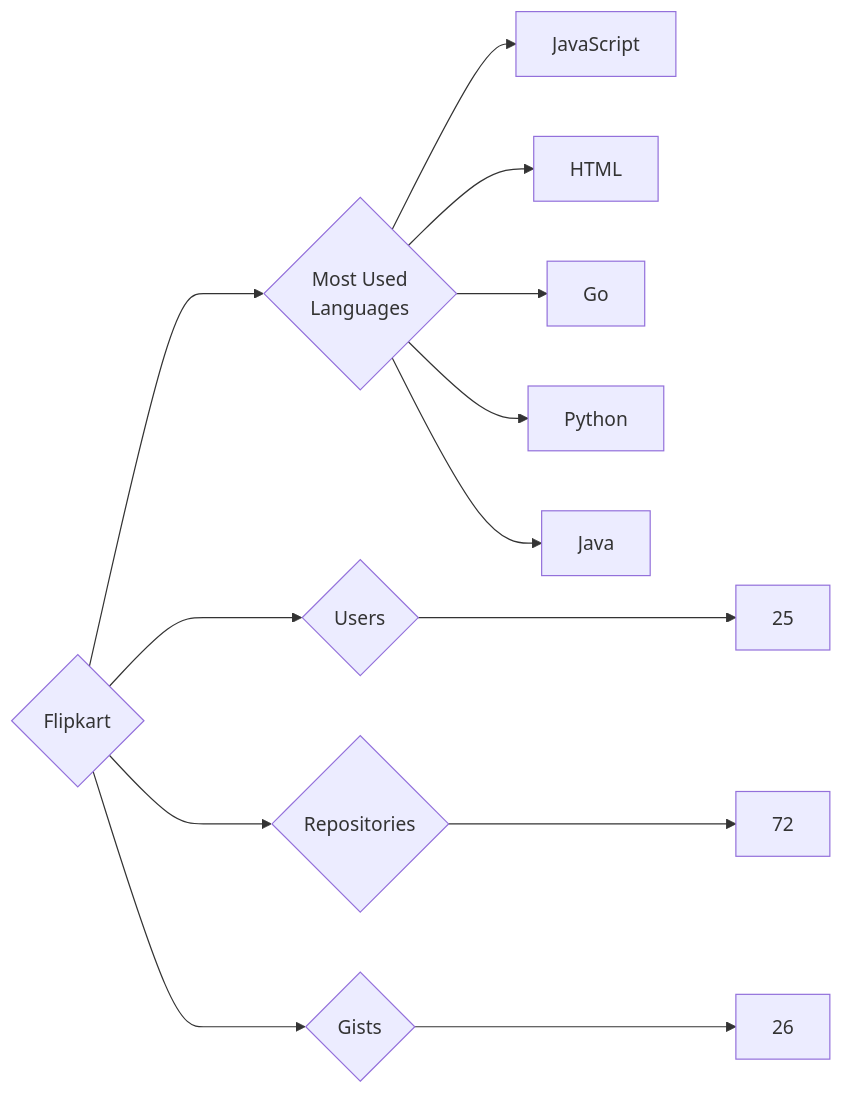
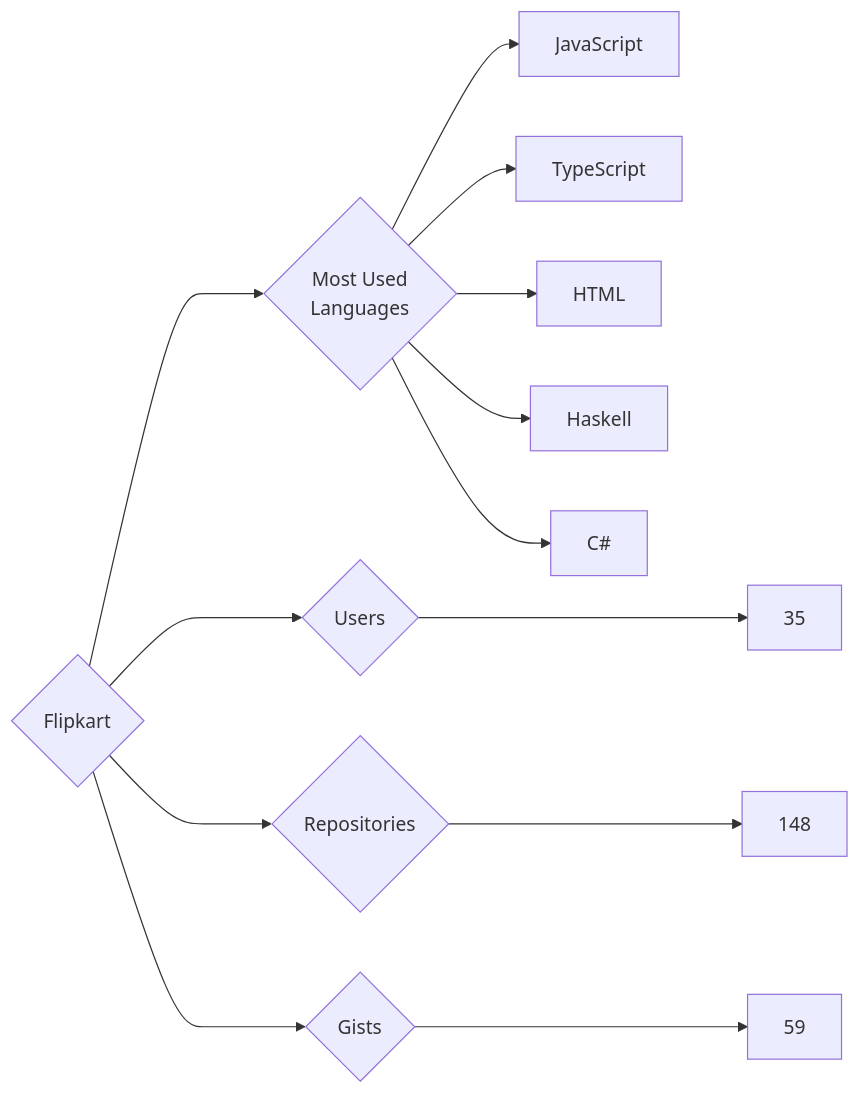
One commit to trickest/insiders changed the diagram in targets/Flipkart/README.md. Above: the diagram before and after it, drawn with Mermaid. The commit also changed 873 other files, not shown here.

````diff
--- a/targets/Flipkart/README.md
+++ b/targets/Flipkart/README.md
@@ -3,13 +3,13 @@
 ```mermaid
 graph LR
 COMPANY_NAME{Flipkart}
-COMPANY_NAME ---> U{Users} ---> UN[25]
-COMPANY_NAME ---> R{Repositories} ---> RN[72]
-COMPANY_NAME ---> G{Gists} ---> GN[26]
+COMPANY_NAME ---> U{Users} ---> UN[35]
+COMPANY_NAME ---> R{Repositories} ---> RN[148]
+COMPANY_NAME ---> G{Gists} ---> GN[59]
 COMPANY_NAME ---> ML{Most Used<br>Languages}
 ML --> JavaScript[JavaScript]
+ML --> TypeScript[TypeScript]
 ML --> HTML[HTML]
-ML --> Go[Go]
-ML --> Python[Python]
-ML --> Java[Java]
+ML --> Haskell[Haskell]
+ML --> C#[C#]
 ```
````
